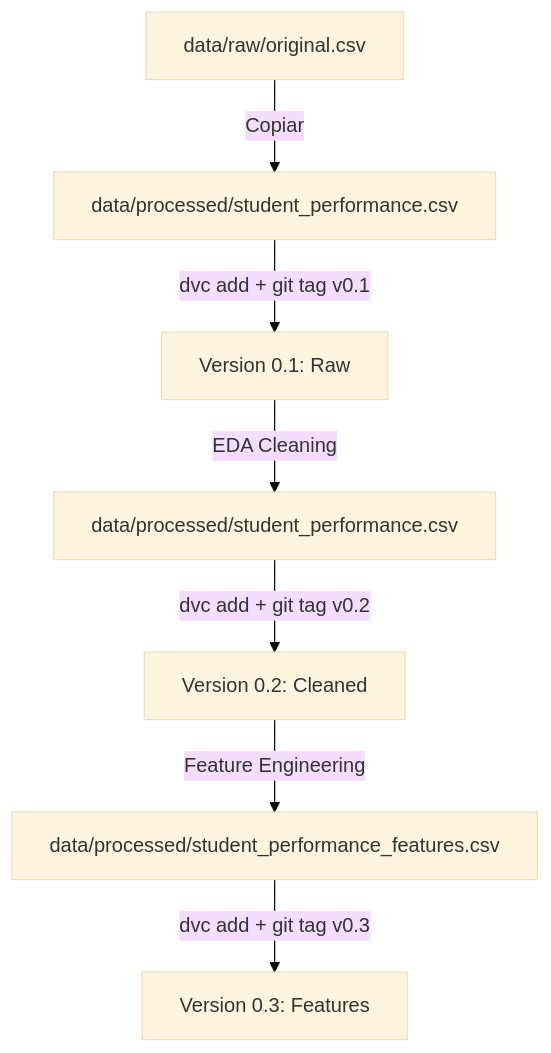
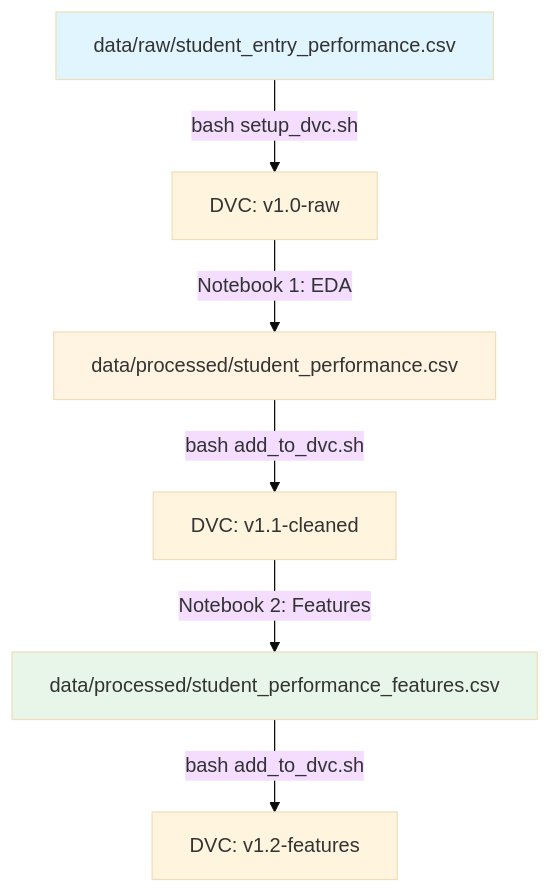
One commit to MLOpsEquipo36/equipo36mlops changed the diagram in DVC_WORKFLOW.md. Above: the diagram before and after it, drawn with Mermaid (base theme). The commit also changed other lines of this file and 4 other files, not shown here.

````diff
--- a/DVC_WORKFLOW.md
+++ b/DVC_WORKFLOW.md
@@ -234,9 +234,12 @@
 ```mermaid
 graph TD
-    A[data/raw/original.csv] -->|Copiar| B[data/processed/student_performance.csv]
-    B -->|dvc add + git tag v0.1| C[Version 0.1: Raw]
-    C -->|EDA Cleaning| D[data/processed/student_performance.csv]
-    D -->|dvc add + git tag v0.2| E[Version 0.2: Cleaned]
-    E -->|Feature Engineering| F[data/processed/student_performance_features.csv]
-    F -->|dvc add + git tag v0.3| G[Version 0.3: Features]
+    A[data/raw/student_entry_performance.csv] -->|bash setup_dvc.sh| B[DVC: v1.0-raw]
+    B -->|Notebook 1: EDA| C[data/processed/student_performance.csv]
+    C -->|bash add_to_dvc.sh| D[DVC: v1.1-cleaned]
+    D -->|Notebook 2: Features| E[data/processed/student_performance_features.csv]
+    E -->|bash add_to_dvc.sh| F[DVC: v1.2-features]
+    
+    style A fill:#e1f5ff
+    style C fill:#fff4e1
+    style E fill:#e8f5e9
 ```
````
